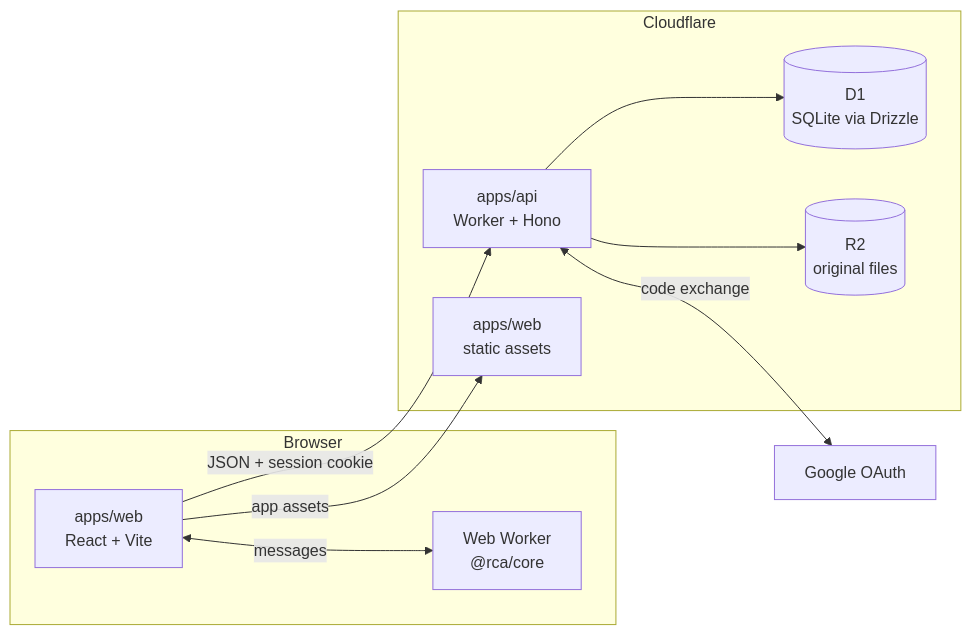
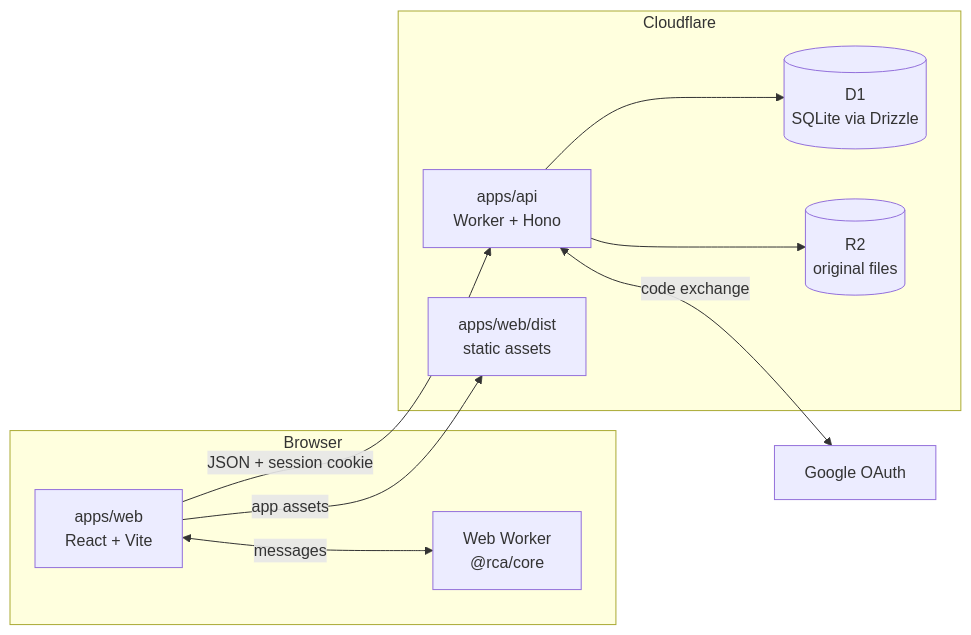
One commit to BryceCapuano2020/RunningCyclingAnalysis changed the diagram in docs/ARCHITECTURE.md. Above: the diagram before and after it, drawn with Mermaid. The commit also changed other lines of this file and 167 other files, not shown here.

````diff
--- a/docs/ARCHITECTURE.md
+++ b/docs/ARCHITECTURE.md
@@ -9,19 +9,19 @@
 ```mermaid
 flowchart LR
   subgraph Browser
     UI["apps/web<br/>React + Vite"] <-->|messages| W["Web Worker<br/>@rca/core"]
   end
   subgraph Cloudflare
     Worker["apps/api<br/>Worker + Hono"]
-    Assets["apps/web<br/>static assets"]
+    Assets["apps/web/dist<br/>static assets"]
     D1[("D1<br/>SQLite via Drizzle")]
     R2[("R2<br/>original files")]
   end
   Google["Google OAuth"]
 
   UI -->|"app assets"| Assets
   UI -->|"JSON + session cookie"| Worker
   Worker --> D1
   Worker --> R2
   Worker <-->|"code exchange"| Google
 ```
````
